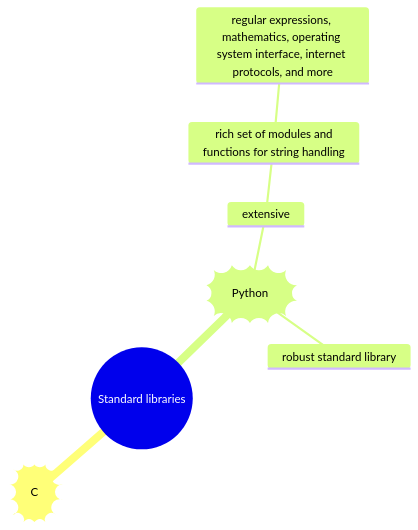
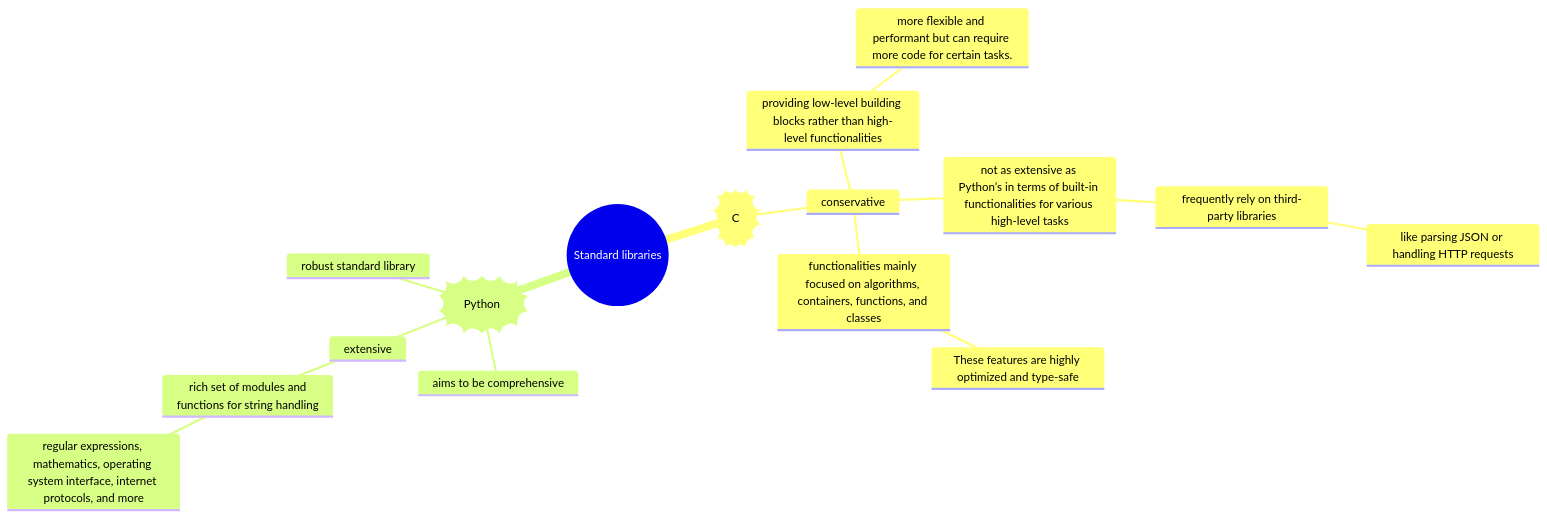
Before and after one commit to ProGamerXbox/ComputerScience: the diagram in other projects/C_learning/standard_libraries.md, drawn with Mermaid.

````diff
--- a/other projects/C_learning/standard_libraries.md
+++ b/other projects/C_learning/standard_libraries.md
@@ -5,11 +5,20 @@
 ```mermaid
 mindmap
     root((Standard libraries))
         id))C((
+            conservative
+                providing low-level building blocks rather than high-level functionalities
+                    more flexible and performant but can require more code for certain tasks.
+                not as extensive as Python’s in terms of built-in functionalities for various high-level tasks
+                    frequently rely on third-party libraries
+                        like parsing JSON or handling HTTP requests
+                functionalities mainly focused on algorithms, containers, functions, and classes
+                    These features are highly optimized and type-safe
         id))Python((
+            aims to be comprehensive
             extensive
                 rich set of modules and <br> functions for string handling
                     regular expressions, mathematics, operating system interface, internet protocols, and more
             robust standard library
 
 ```
````
